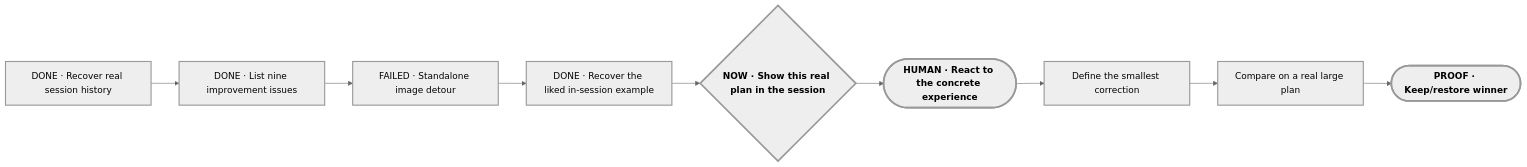
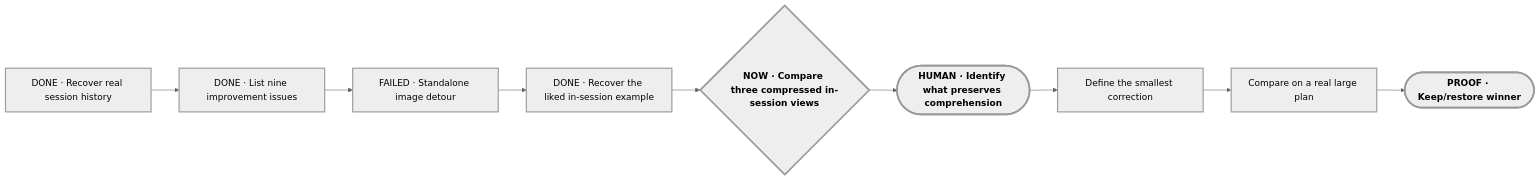
The diagram in planning/PLAN-VIEW.md (Pu11en/portable-planner), drawn with Mermaid (neutral theme) before and after one commit. The commit also changed other lines of this file and 5 other files, not shown here.

````diff
--- a/planning/PLAN-VIEW.md
+++ b/planning/PLAN-VIEW.md
@@ -13,20 +13,20 @@
 ```mermaid
 flowchart LR
     E["DONE · Recover real session history"]
     I["DONE · List nine improvement issues"]
     F["FAILED · Standalone image detour"]
     C["DONE · Recover the liked in-session example"]
-    M{"NOW · Show this real plan in the session"}
-    H(["HUMAN · React to the concrete experience"])
+    M{"NOW · Compare three compressed in-session views"}
+    H(["HUMAN · Identify what preserves comprehension"])
     B["Define the smallest correction"]
     X["Compare on a real large plan"]
     R(["PROOF · Keep/restore winner"])
     E --> I --> F --> C --> M --> H --> B --> X --> R
 
     classDef current stroke-width:3px,font-weight:700;
     classDef milestone stroke-width:2px;
     classDef proof stroke-width:3px,font-weight:700;
     class M current;
     class E,I,F,C,B,X milestone;
     class H,R proof;
 ```
````
